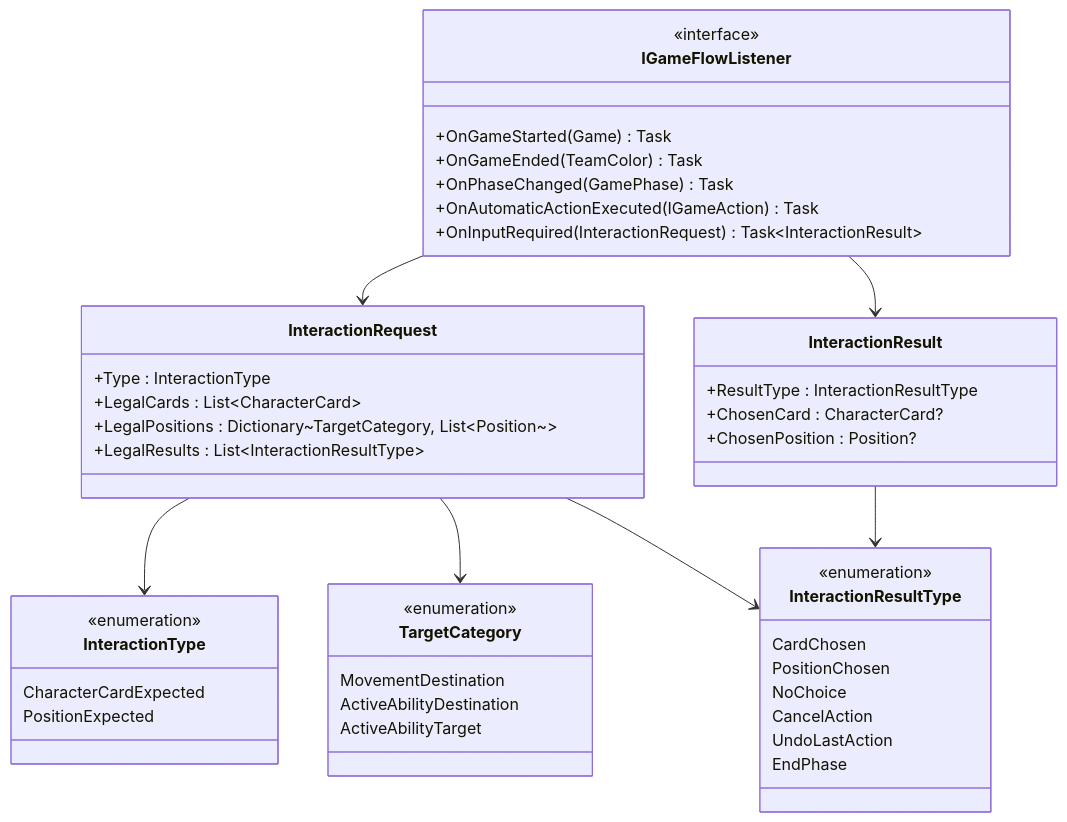
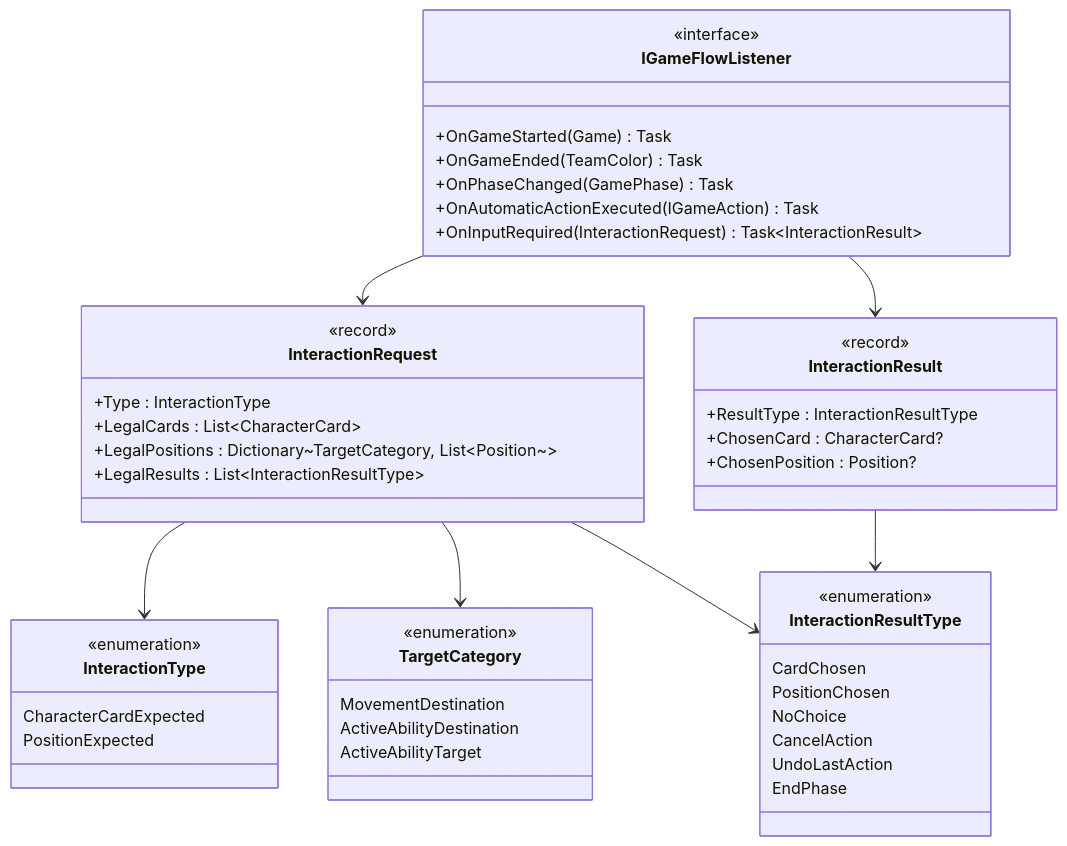
Before and after one commit to PaulRosselle/leaders_board_game: the diagram in docs/GameLogic/uml_interaction_gamelogic.mmd, drawn with Mermaid. The commit also changed 8 other files, not shown here.

```diff
--- a/docs/GameLogic/uml_interaction_gamelogic.mmd
+++ b/docs/GameLogic/uml_interaction_gamelogic.mmd
@@ -1,58 +1,60 @@
 classDiagram
     direction TB
 
     %% Enums
     class InteractionType {
         <<enumeration>>
         CharacterCardExpected
         PositionExpected
     }
 
     class TargetCategory {
         <<enumeration>>
         MovementDestination
         ActiveAbilityDestination
         ActiveAbilityTarget
     }
 
     class InteractionResultType {
         <<enumeration>>
         CardChosen
         PositionChosen
         NoChoice
         CancelAction
         UndoLastAction
         EndPhase
     }
 
     %% Interaction
     class InteractionRequest {
+        <<record>>
         +Type : InteractionType
         +LegalCards : List~CharacterCard~
         +LegalPositions : Dictionary~TargetCategory, List~Position~~
         +LegalResults : List~InteractionResultType~
     }
 
     class InteractionResult {
+        <<record>>
         +ResultType : InteractionResultType
         +ChosenCard : CharacterCard?
         +ChosenPosition : Position?
     }
 
     %% Interface
     class IGameFlowListener {
         <<interface>>
         +OnGameStarted(Game) Task
         +OnGameEnded(TeamColor) Task
         +OnPhaseChanged(GamePhase) Task
         +OnAutomaticActionExecuted(IGameAction) Task
         +OnInputRequired(InteractionRequest) Task~InteractionResult~
     }
 
     %% Relations
     InteractionRequest --> InteractionType
     InteractionRequest --> TargetCategory
     InteractionRequest --> InteractionResultType
     InteractionResult --> InteractionResultType
     IGameFlowListener --> InteractionRequest
     IGameFlowListener --> InteractionResult
```
